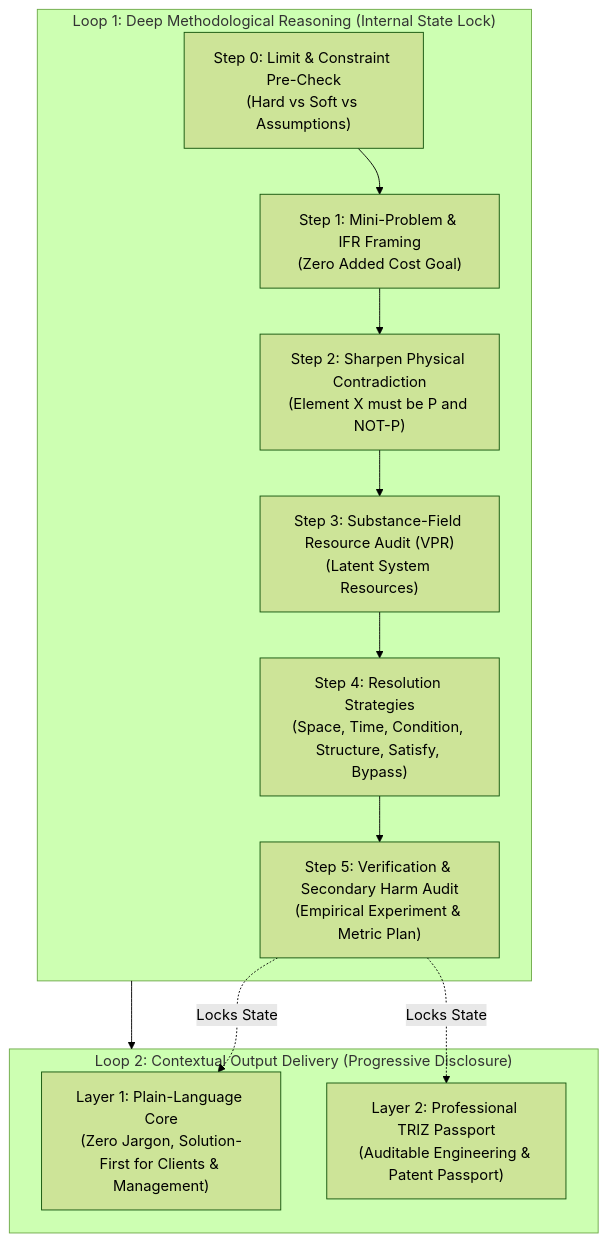
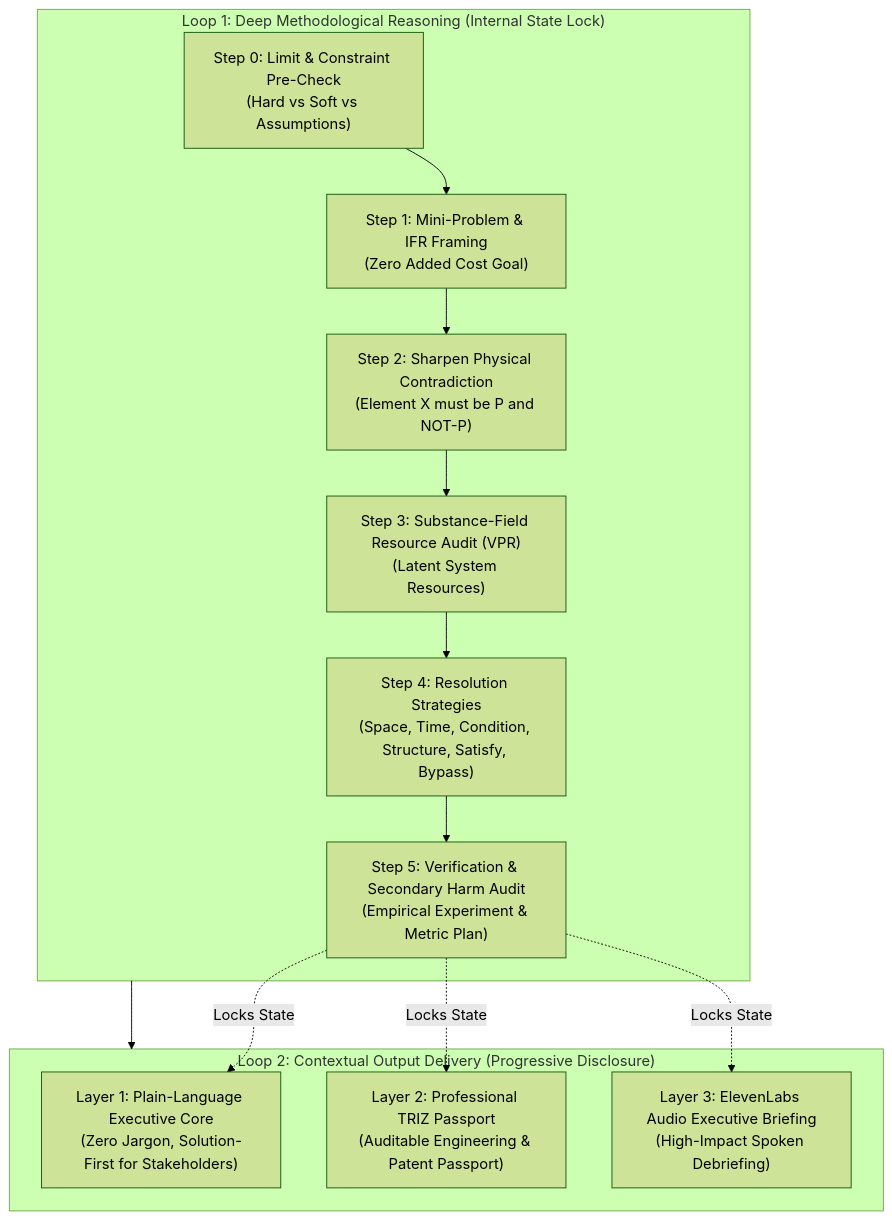
Before and after one commit to torrua/triz-universal: the diagram in README.md, drawn with Mermaid (forest theme). The commit also changed other lines of this file and 23 other files, not shown here.

Commit message:
feat: Genrikh universal solver with Gemma 2, Sentry tracing, Render deploy, and ElevenLabs voice

````diff
--- a/README.md
+++ b/README.md
@@ -34,19 +41,21 @@
 ```mermaid
 flowchart TD
     subgraph Loop1["Loop 1: Deep Methodological Reasoning (Internal State Lock)"]
         S0["Step 0: Limit & Constraint Pre-Check<br/>(Hard vs Soft vs Assumptions)"] --> S1["Step 1: Mini-Problem & IFR Framing<br/>(Zero Added Cost Goal)"]
         S1 --> S2["Step 2: Sharpen Physical Contradiction<br/>(Element X must be P and NOT-P)"]
         S2 --> S3["Step 3: Substance-Field Resource Audit (VPR)<br/>(Latent System Resources)"]
         S3 --> S4["Step 4: Resolution Strategies<br/>(Space, Time, Condition, Structure, Satisfy, Bypass)"]
         S4 --> S5["Step 5: Verification & Secondary Harm Audit<br/>(Empirical Experiment & Metric Plan)"]
     end
 
     subgraph Loop2["Loop 2: Contextual Output Delivery (Progressive Disclosure)"]
-        L1["Layer 1: Plain-Language Core<br/>(Zero Jargon, Solution-First for Clients & Management)"]
+        L1["Layer 1: Plain-Language Executive Core<br/>(Zero Jargon, Solution-First for Stakeholders)"]
         L2["Layer 2: Professional TRIZ Passport<br/>(Auditable Engineering & Patent Passport)"]
+        L3["Layer 3: ElevenLabs Audio Executive Briefing<br/>(High-Impact Spoken Debriefing)"]
     end
 
     Loop1 --> Loop2
     S5 -.->|Locks State| L1
     S5 -.->|Locks State| L2
+    S5 -.->|Locks State| L3
 ```
````
